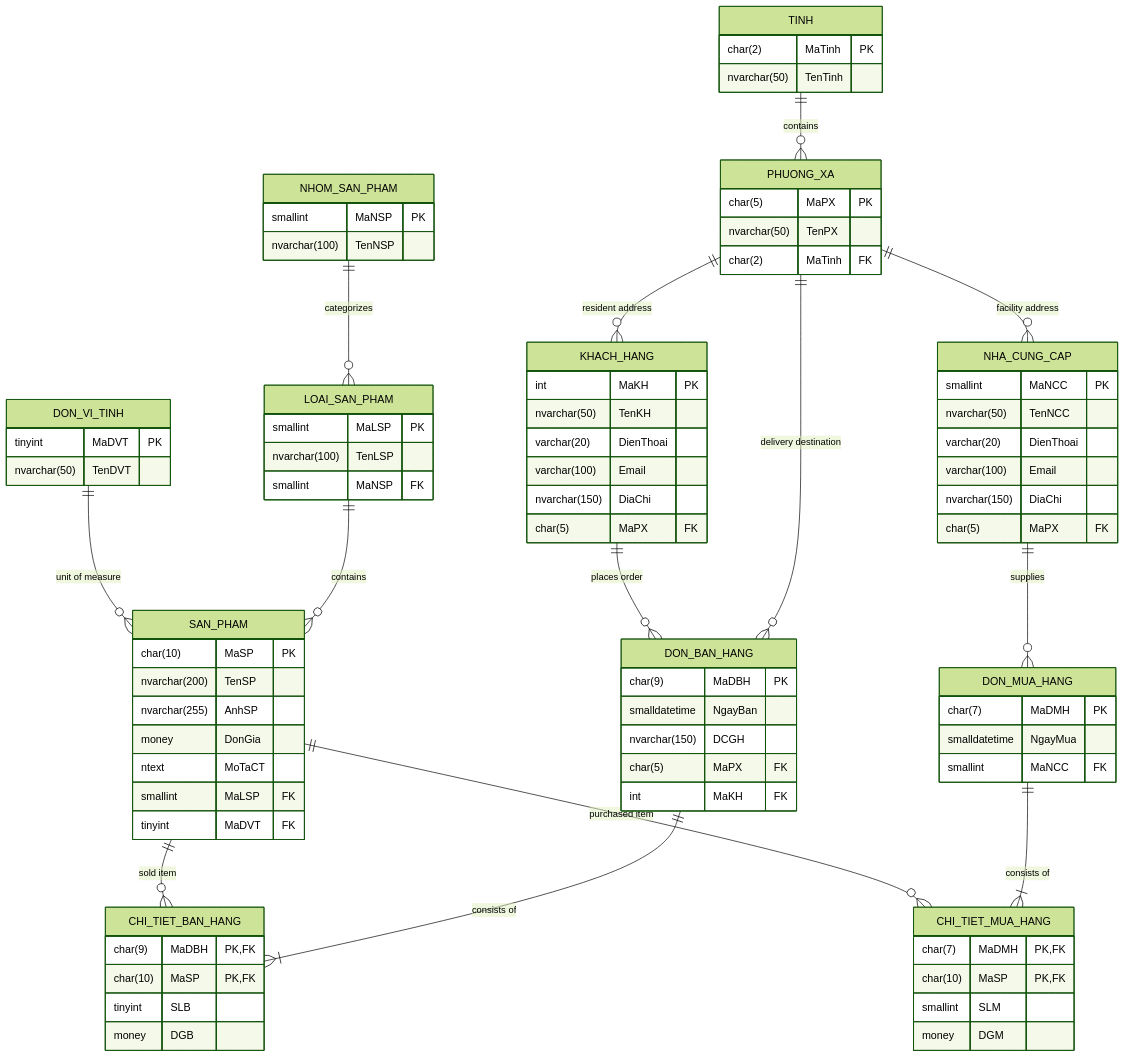
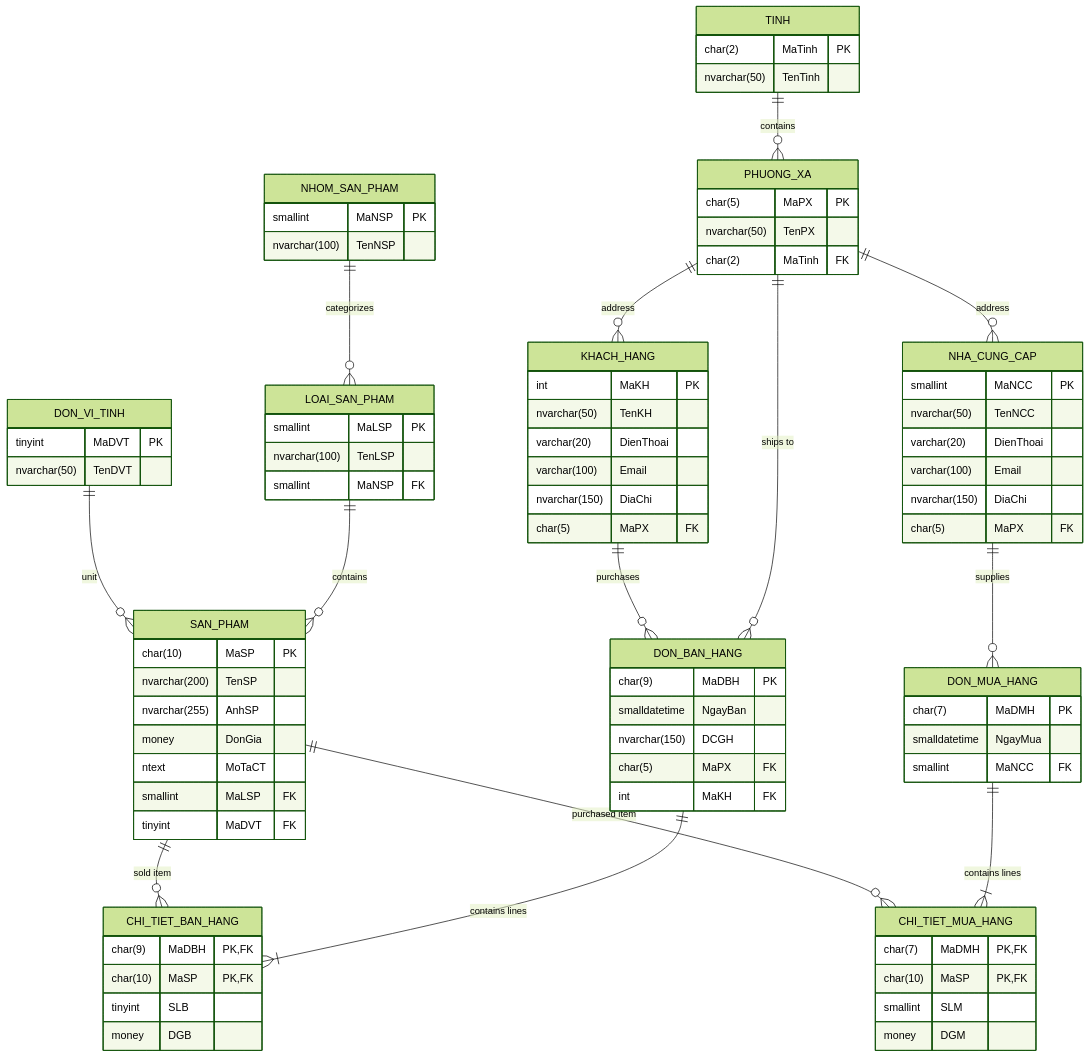
Before and after one commit to nguyenxp3n/WebQLBH: the second of 3 diagrams in README_en.md, drawn with Mermaid (forest theme). The commit also changed other lines of this file and 1 other file, not shown here.

Commit message:
docs: comprehensive recruiter-grade README and README_en with 12-model catalog, architecture & operations guide

````diff
--- a/README_en.md
+++ b/README_en.md
@@ -107,20 +209,20 @@
 ```mermaid
 erDiagram
     TINH ||--o{ PHUONG_XA : "contains"
-    PHUONG_XA ||--o{ KHACH_HANG : "resident address"
-    PHUONG_XA ||--o{ NHA_CUNG_CAP : "facility address"
-    PHUONG_XA ||--o{ DON_BAN_HANG : "delivery destination"
+    PHUONG_XA ||--o{ KHACH_HANG : "address"
+    PHUONG_XA ||--o{ NHA_CUNG_CAP : "address"
+    PHUONG_XA ||--o{ DON_BAN_HANG : "ships to"
     
     NHOM_SAN_PHAM ||--o{ LOAI_SAN_PHAM : "categorizes"
     LOAI_SAN_PHAM ||--o{ SAN_PHAM : "contains"
-    DON_VI_TINH ||--o{ SAN_PHAM : "unit of measure"
+    DON_VI_TINH ||--o{ SAN_PHAM : "unit"
     
-    KHACH_HANG ||--o{ DON_BAN_HANG : "places order"
-    DON_BAN_HANG ||--|{ CHI_TIET_BAN_HANG : "consists of"
+    KHACH_HANG ||--o{ DON_BAN_HANG : "purchases"
+    DON_BAN_HANG ||--|{ CHI_TIET_BAN_HANG : "contains lines"
     SAN_PHAM ||--o{ CHI_TIET_BAN_HANG : "sold item"
 
     NHA_CUNG_CAP ||--o{ DON_MUA_HANG : "supplies"
-    DON_MUA_HANG ||--|{ CHI_TIET_MUA_HANG : "consists of"
+    DON_MUA_HANG ||--|{ CHI_TIET_MUA_HANG : "contains lines"
     SAN_PHAM ||--o{ CHI_TIET_MUA_HANG : "purchased item"
 
     TINH {
````
